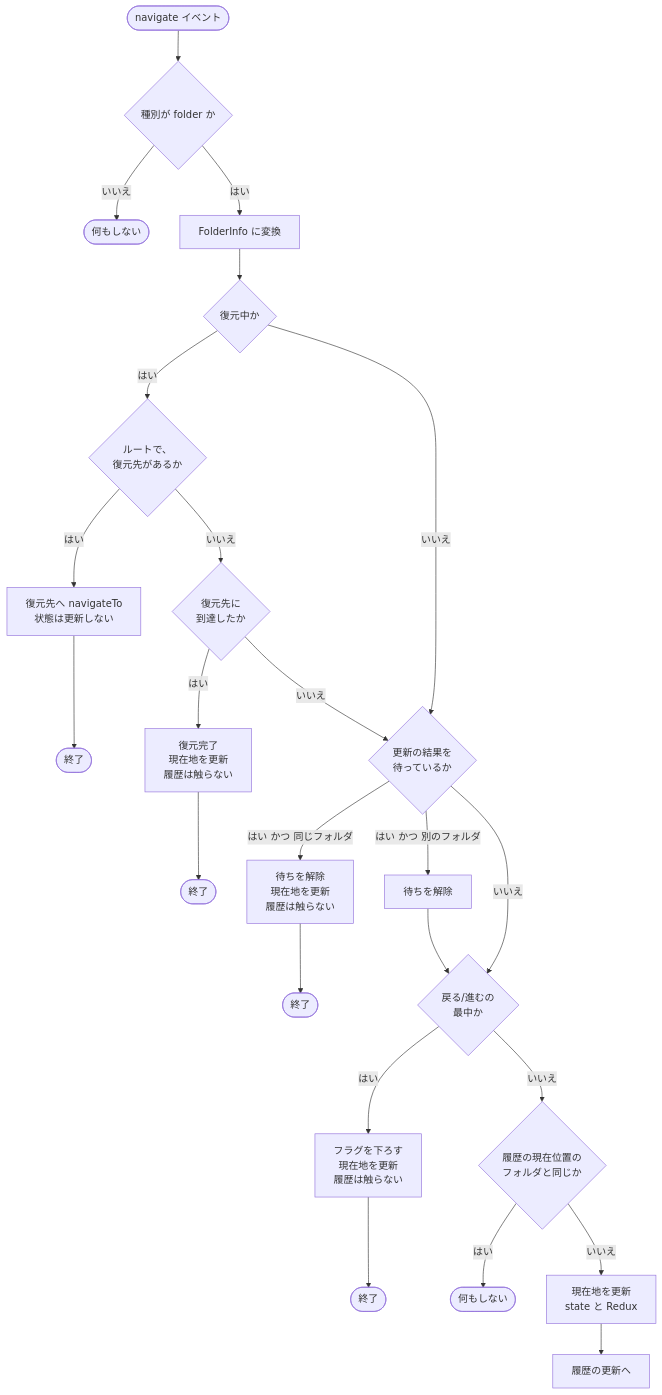
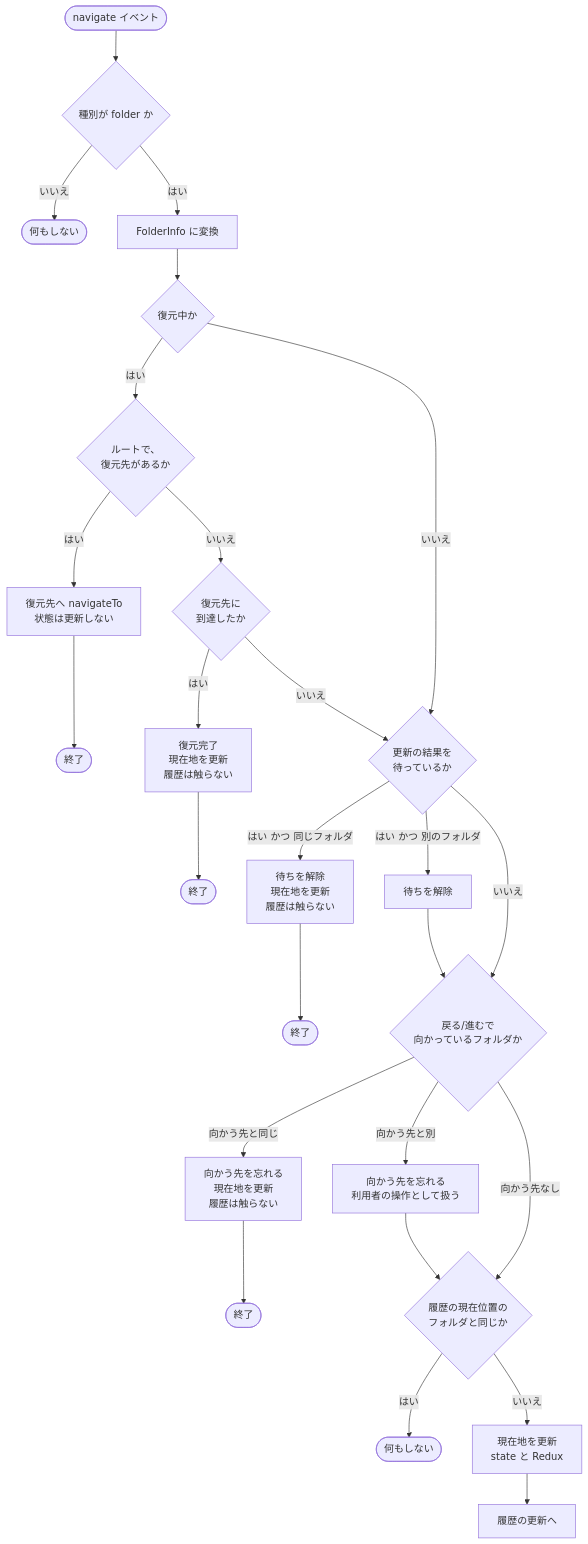
Before and after one commit to katsya1117/react-shadcn: the diagram in docs/spec-use-box-explorer.md, drawn with Mermaid. The commit also changed other lines of this file and 6 other files, not shown here.

````diff
--- a/docs/spec-use-box-explorer.md
+++ b/docs/spec-use-box-explorer.md
@@ -170,21 +170,22 @@
 ```mermaid
 flowchart TD
     S([navigate イベント]) --> T{種別が folder か}
     T -->|いいえ| X1([何もしない])
     T -->|はい| C[FolderInfo に変換]
     C --> R{復元中か}
     R -->|はい| R1{ルートで、<br/>復元先があるか}
     R1 -->|はい| R2[復元先へ navigateTo<br/>状態は更新しない] --> X2([終了])
     R1 -->|いいえ| R3{復元先に<br/>到達したか}
     R3 -->|はい| R4[復元完了<br/>現在地を更新<br/>履歴は触らない] --> X3([終了])
     R3 -->|いいえ| F
     R -->|いいえ| F{更新の結果を<br/>待っているか}
     F -->|はい かつ 同じフォルダ| F1[待ちを解除<br/>現在地を更新<br/>履歴は触らない] --> X6([終了])
     F -->|はい かつ 別のフォルダ| F2[待ちを解除] --> N
-    F -->|いいえ| N{戻る/進むの<br/>最中か}
-    N -->|はい| N1[フラグを下ろす<br/>現在地を更新<br/>履歴は触らない] --> X5([終了])
-    N -->|いいえ| D{履歴の現在位置の<br/>フォルダと同じか}
+    F -->|いいえ| N{戻る/進むで<br/>向かっているフォルダか}
+    N -->|向かう先と同じ| N1[向かう先を忘れる<br/>現在地を更新<br/>履歴は触らない] --> X5([終了])
+    N -->|向かう先と別| N2[向かう先を忘れる<br/>利用者の操作として扱う] --> D
+    N -->|向かう先なし| D{履歴の現在位置の<br/>フォルダと同じか}
     D -->|はい| X4([何もしない])
     D -->|いいえ| U[現在地を更新<br/>state と Redux]
     U --> H[履歴の更新へ]
 ```
````
